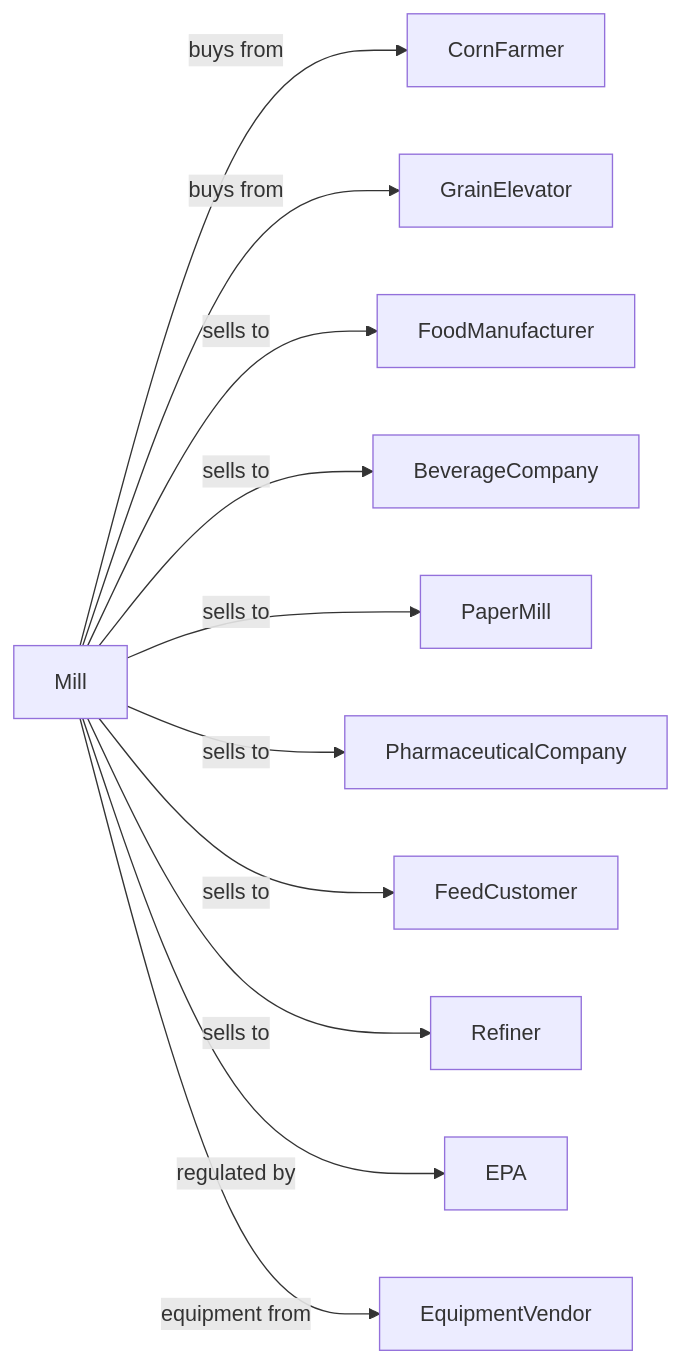
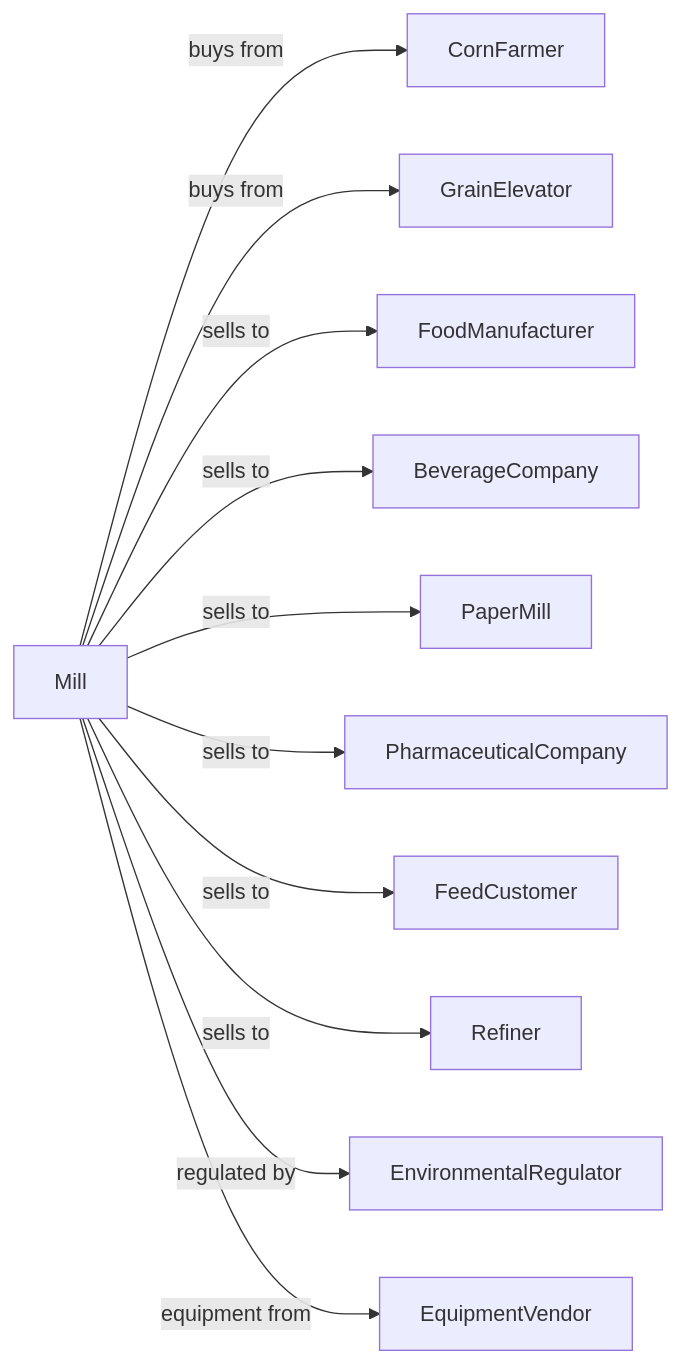
Before and after one commit to dot-org-ai/industries.org.ai: the second of 2 diagrams in Manufacturing/FoodManufacturing/GrainAndOilseedMilling/WetCornMillingAndStarchManufacturing.mdx, drawn with Mermaid. The commit also changed other lines of this file and 639 other files, not shown here.

````diff
--- a/Manufacturing/FoodManufacturing/GrainAndOilseedMilling/WetCornMillingAndStarchManufacturing.mdx
+++ b/Manufacturing/FoodManufacturing/GrainAndOilseedMilling/WetCornMillingAndStarchManufacturing.mdx
@@ -140,15 +140,15 @@
 ```mermaid
 graph LR
     M[Mill]
 
     M -->|buys from| CornFarmer
     M -->|buys from| GrainElevator
     M -->|sells to| FoodManufacturer
     M -->|sells to| BeverageCompany
     M -->|sells to| PaperMill
     M -->|sells to| PharmaceuticalCompany
     M -->|sells to| FeedCustomer
     M -->|sells to| Refiner
-    M -->|regulated by| EPA
+    M -->|regulated by| EnvironmentalRegulator
     M -->|equipment from| EquipmentVendor
 ```
````
